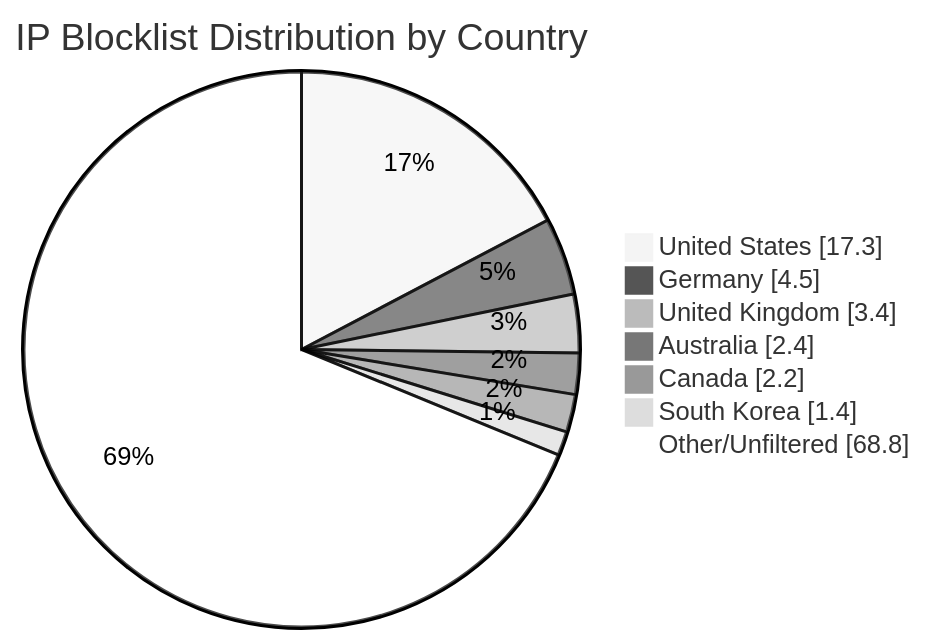
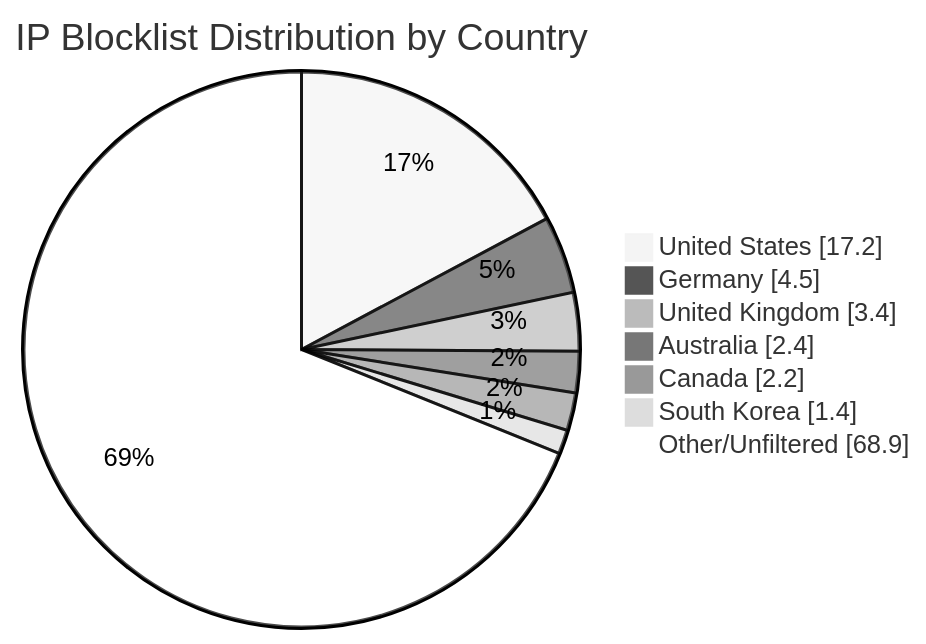
Before and after one commit to MarcusHoltz/ipblocklist-geofiltered-aggregator: the diagram in README.md, drawn with Mermaid (neutral theme). The commit also changed other lines of this file and 9 other files, not shown here.

````diff
--- a/README.md
+++ b/README.md
@@ -34,10 +34,10 @@
 ```mermaid
 pie showData title IP Blocklist Distribution by Country
-"United States" : 17.3
+"United States" : 17.2
 "Germany" : 4.5
 "United Kingdom" : 3.4
 "Australia" : 2.4
 "Canada" : 2.2
 "South Korea" : 1.4
-"Other/Unfiltered" : 68.8
+"Other/Unfiltered" : 68.9
 ```
````
